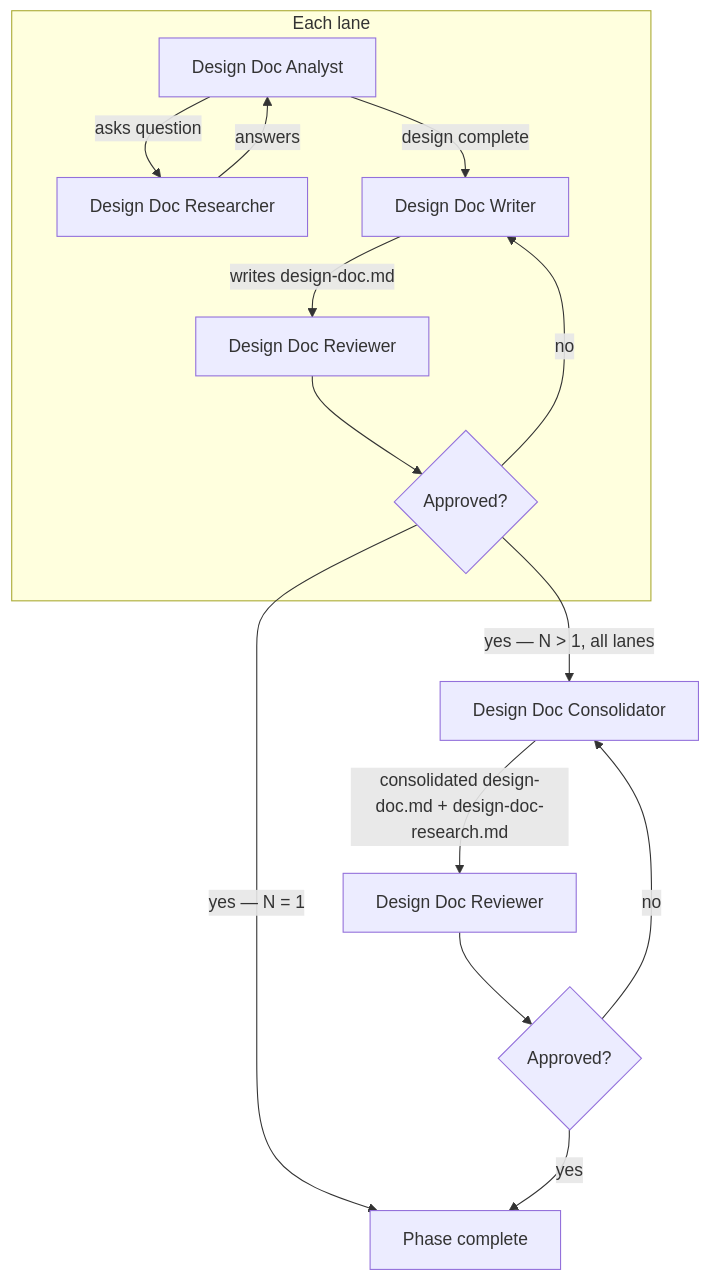
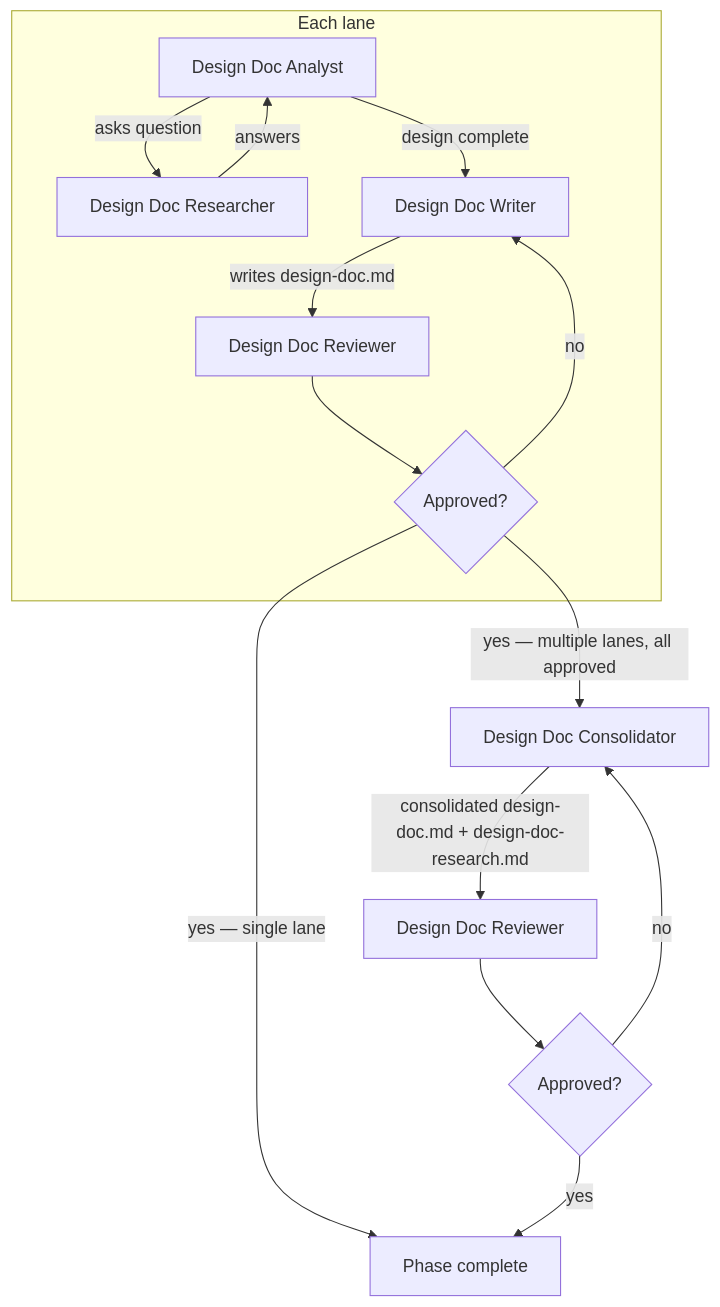
The diagram in skills/radical-pipelines/reference/autonomous-phases/2 - design-doc.md (Automattic/radical-pipelines), drawn with Mermaid before and after one commit. The commit also changed other lines of this file and 28 other files, not shown here.

First line of the commit message:
Architecture v2: coherence-pass fixes (assisted)

````diff
--- a/skills/radical-pipelines/reference/autonomous-phases/2 - design-doc.md
+++ b/skills/radical-pipelines/reference/autonomous-phases/2 - design-doc.md
@@ -59,17 +59,17 @@
 ```mermaid
 flowchart TD
     subgraph lane [Each lane]
         B[Design Doc Analyst] -->|asks question| C[Design Doc Researcher]
         C -->|answers| B
         B -->|design complete| D[Design Doc Writer]
         D -->|writes design-doc.md| E[Design Doc Reviewer]
         E --> F{Approved?}
         F -->|no| D
     end
-    F -->|"yes — N = 1"| K[Phase complete]
-    F -->|"yes — N > 1, all lanes"| H[Design Doc Consolidator]
+    F -->|"yes — single lane"| K[Phase complete]
+    F -->|"yes — multiple lanes, all approved"| H[Design Doc Consolidator]
     H -->|consolidated design-doc.md + design-doc-research.md| I[Design Doc Reviewer]
     I --> J{Approved?}
     J -->|no| H
     J -->|yes| K
 ```
````
